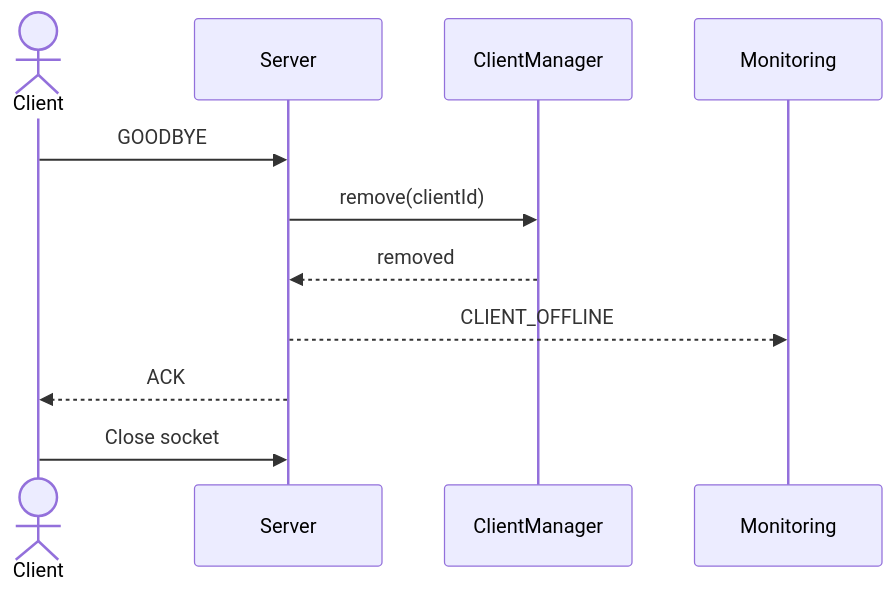
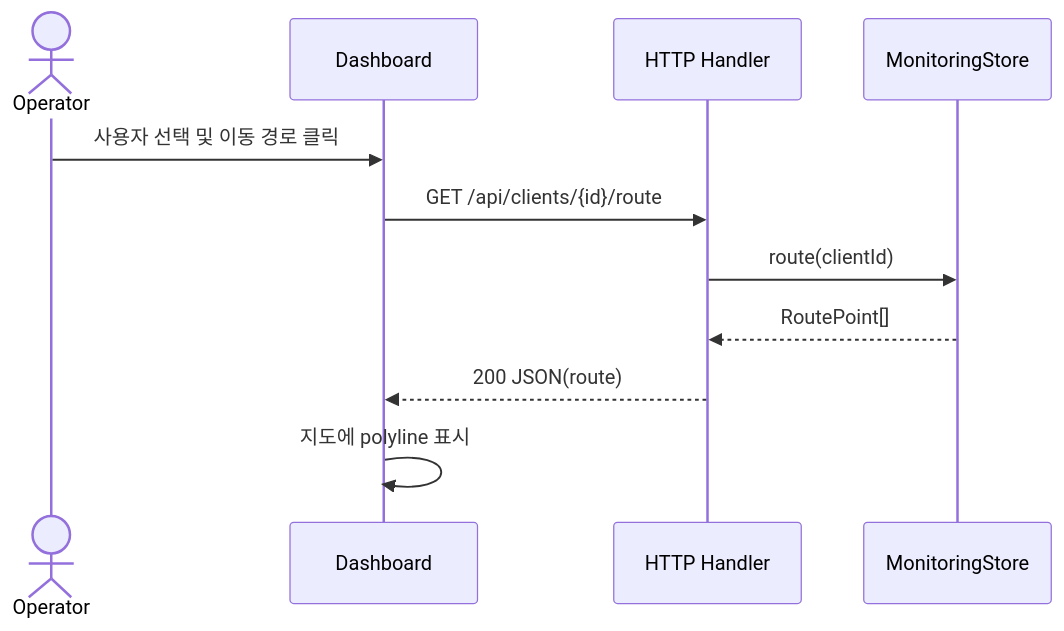
Before and after one commit to xweoze/real-time-monitoring-system: the sixth of 11 diagrams in Design_22212023_김지훈.md, drawn with Mermaid. The commit also changed other lines of this file and 3 other files, not shown here.

````diff
--- a/Design_22212023_김지훈.md
+++ b/Design_22212023_김지훈.md
@@ -552,14 +287,14 @@
 ```mermaid
 sequenceDiagram
-    actor Client
-    participant Server
-    participant ClientManager
-    participant Monitoring
+    actor Operator
+    participant Monitor as Dashboard
+    participant API as HTTP Handler
+    participant Store as MonitoringStore
 
-    Client->>Server: GOODBYE
-    Server->>ClientManager: remove(clientId)
-    ClientManager-->>Server: removed
-    Server-->>Monitoring: CLIENT_OFFLINE
-    Server-->>Client: ACK
-    Client->>Server: Close socket
+    Operator->>Monitor: 사용자 선택 및 이동 경로 클릭
+    Monitor->>API: GET /api/clients/{id}/route
+    API->>Store: route(clientId)
+    Store-->>API: RoutePoint[]
+    API-->>Monitor: 200 JSON(route)
+    Monitor->>Monitor: 지도에 polyline 표시
 ```
````
